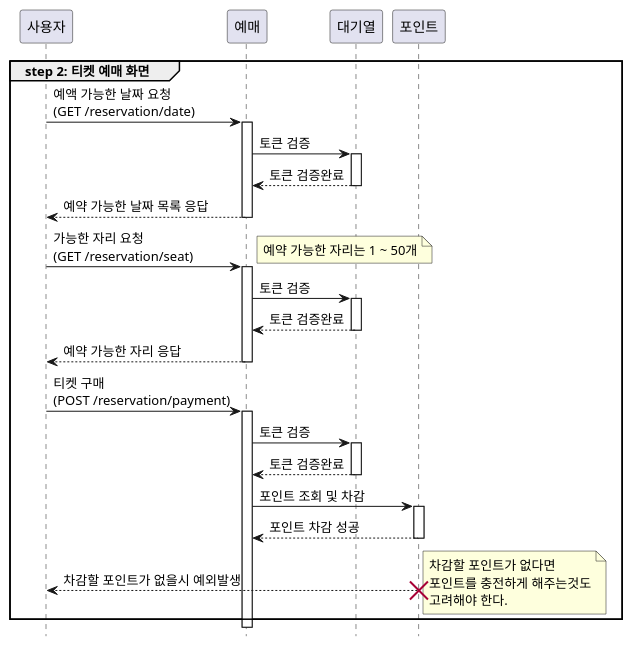
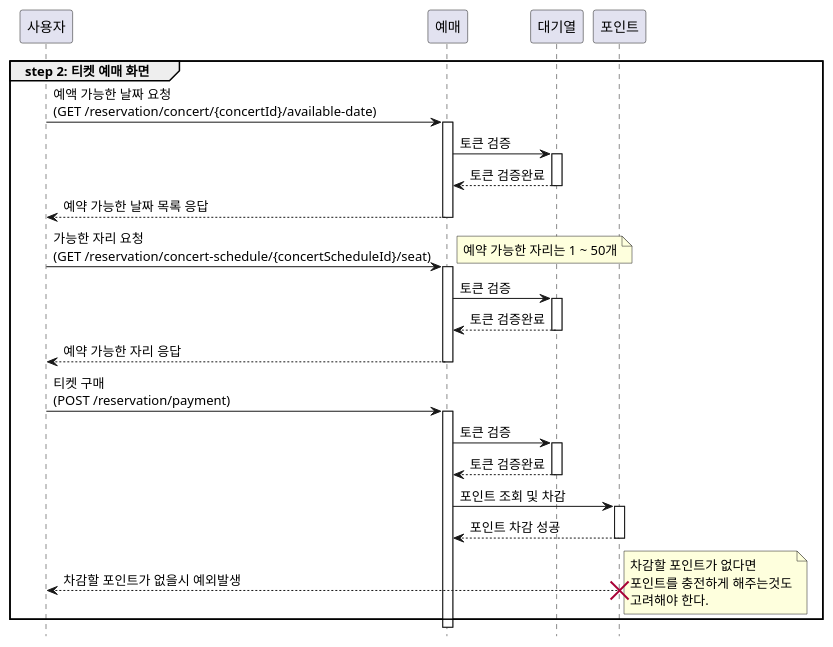
One commit to futuremaker-projects/ticket-reservation-system changed the diagram in src/main/resources/uml/reservation.puml. Above: the diagram before and after it, drawn with PlantUML. The commit also changed 1 other file, not shown here.

Commit message:
시퀀스 다이어그램 수정

```diff
--- a/src/main/resources/uml/reservation.puml
+++ b/src/main/resources/uml/reservation.puml
@@ -1,46 +1,46 @@
 @startuml
 
 hide footbox
 autoactivate on
 
 participant "사용자" as 사용자
 participant "예매" as 예매
 participant "대기열" as 대기열
 participant "포인트" as 포인트
 
 group step 2: 티켓 예매 화면
-    사용자 -> 예매 : 예액 가능한 날짜 요청 \n(GET /reservation/date)
+    사용자 -> 예매 : 예액 가능한 날짜 요청 \n(GET /reservation/concert/{concertId}/available-date)
 
     예매 -> 대기열 : 토큰 검증
 
     대기열 --> 예매 : 토큰 검증완료
 
     예매 --> 사용자 : 예약 가능한 날짜 목록 응답
 
-    사용자 -> 예매 : 가능한 자리 요청 \n(GET /reservation/seat)
+    사용자 -> 예매 : 가능한 자리 요청 \n(GET /reservation/concert-schedule/{concertScheduleId}/seat)
     note right
         예약 가능한 자리는 1 ~ 50개
     end note
     예매 -> 대기열 : 토큰 검증
     대기열 --> 예매 : 토큰 검증완료
     예매 --> 사용자 : 예약 가능한 자리 응답
 
     사용자 -> 예매 : 티켓 구매 \n(POST /reservation/payment)
 
     예매 -> 대기열 : 토큰 검증
     대기열 --> 예매 : 토큰 검증완료
 
     예매 -> 포인트 : 포인트 조회 및 차감
     포인트 --> 예매 : 포인트 차감 성공
 
     포인트 --> 사용자 : 차감할 포인트가 없을시 예외발생
     destroy 포인트
     note right
         차감할 포인트가 없다면
         포인트를 충전하게 해주는것도
         고려해야 한다.
     end note
 
 end
 
 @enduml
```
